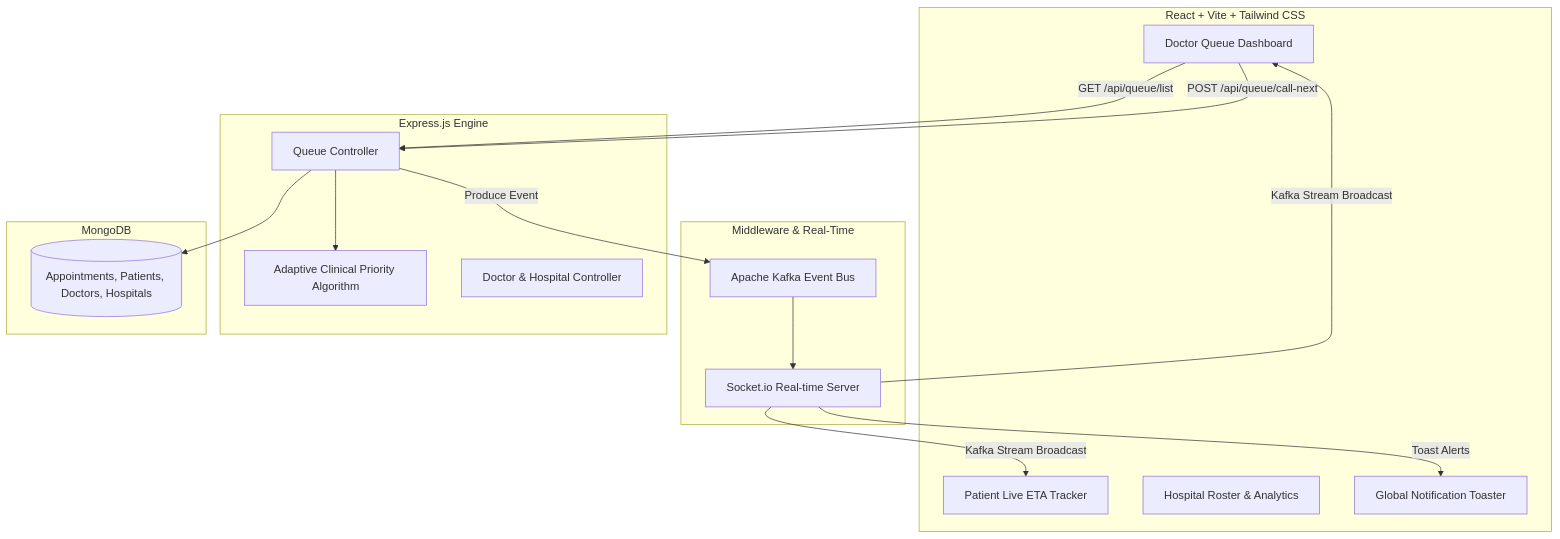
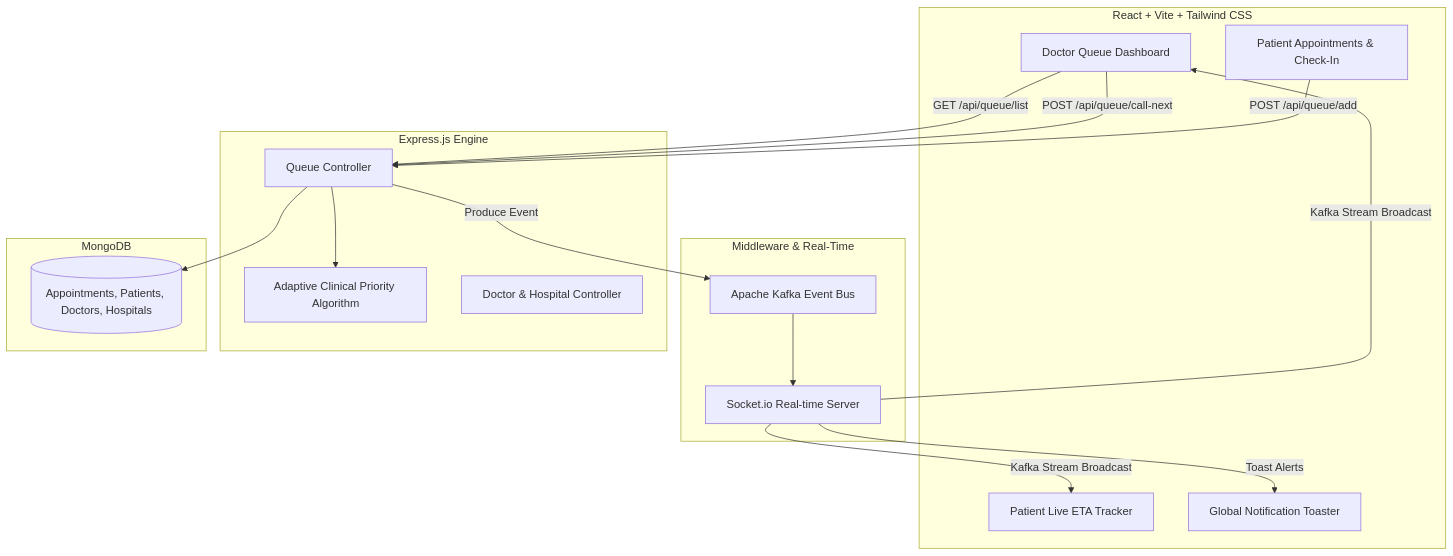
Before and after one commit to lavyadamania/LifeFile: the diagram in project_overview.md, drawn with Mermaid. The commit also changed other lines of this file, not shown here.

Commit message:
docs: update PROJECT_OVERVIEW and walkthrough artifact with 10-min check-in lock, booking time visibility, and ACPA algorithm credibility matrix

````diff
--- a/project_overview.md
+++ b/project_overview.md
@@ -9,34 +9,35 @@
 ```mermaid
 flowchart TD
     subgraph Frontend [React + Vite + Tailwind CSS]
         UI[Doctor Queue Dashboard]
         PatientUI[Patient Live ETA Tracker]
-        AdminUI[Hospital Roster & Analytics]
+        ApptUI[Patient Appointments & Check-In]
         Toast[Global Notification Toaster]
     end
 
     subgraph Middleware & Real-Time
         Socket[Socket.io Real-time Server]
         Kafka[Apache Kafka Event Bus]
     end
 
     subgraph Backend Services [Express.js Engine]
         ACPA[Adaptive Clinical Priority Algorithm]
         QueueAPI[Queue Controller]
         DoctorAPI[Doctor & Hospital Controller]
     end
 
     subgraph Database Layer [MongoDB]
         DB[(Appointments, Patients, Doctors, Hospitals)]
     end
 
     UI -->|GET /api/queue/list| QueueAPI
     UI -->|POST /api/queue/call-next| QueueAPI
+    ApptUI -->|POST /api/queue/add| QueueAPI
     QueueAPI --> ACPA
     QueueAPI --> DB
     QueueAPI -->|Produce Event| Kafka
     Kafka --> Socket
     Socket -->|Kafka Stream Broadcast| UI
     Socket -->|Kafka Stream Broadcast| PatientUI
     Socket -->|Toast Alerts| Toast
 ```
````
